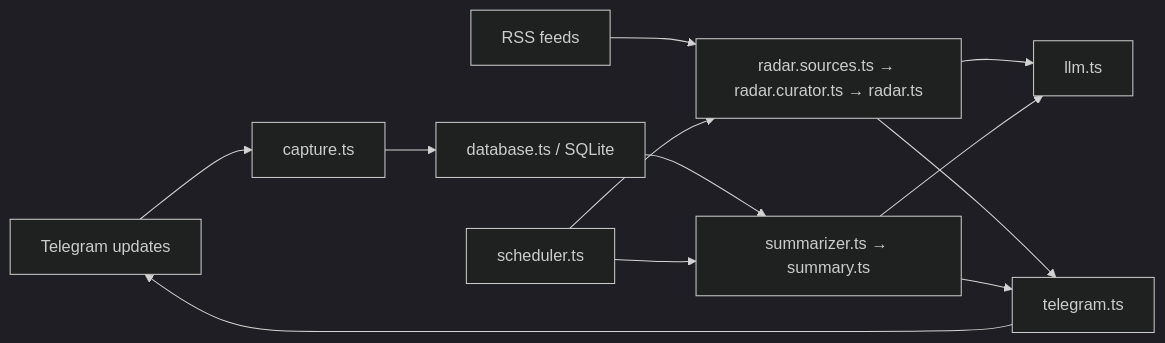
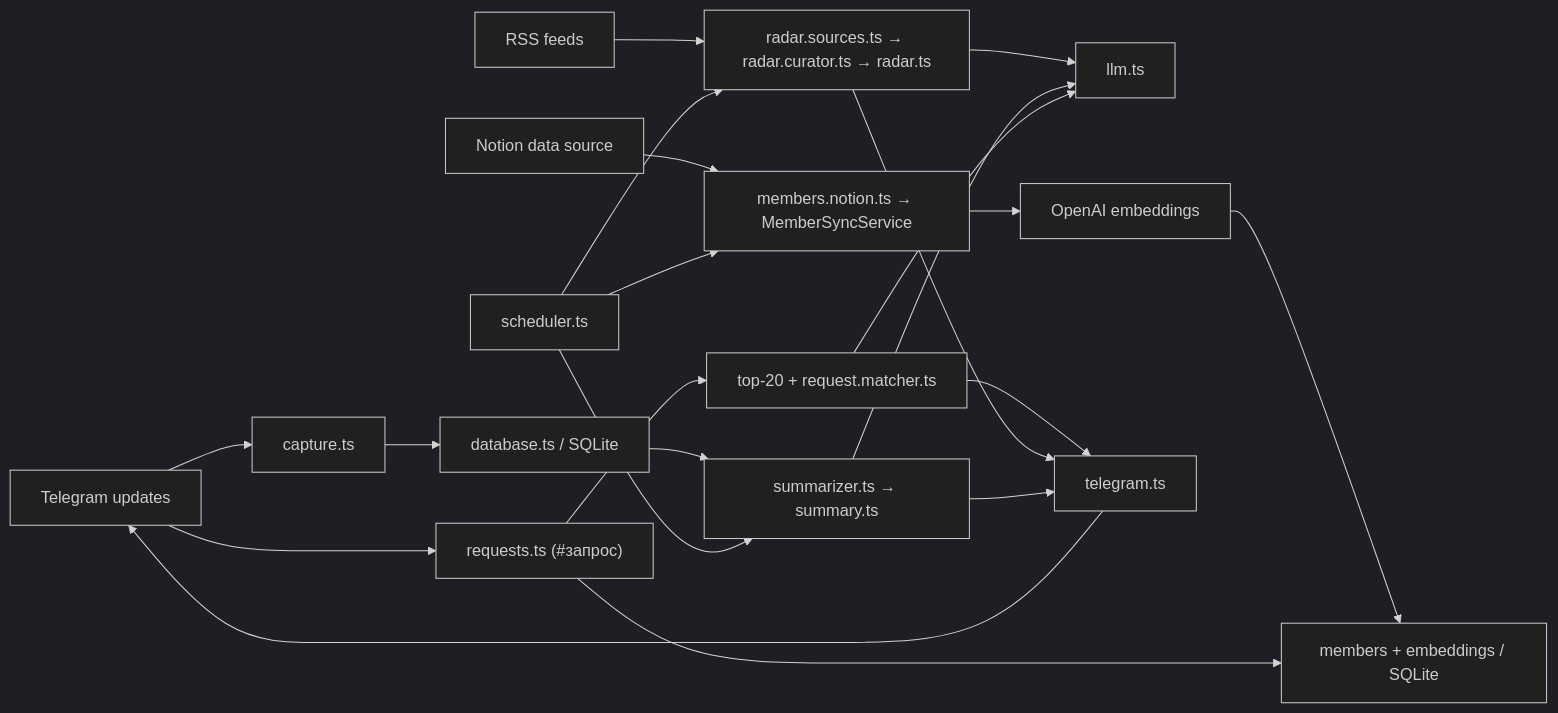
The diagram in docs/architecture.md (vladilenm/irreplaceable_bot), drawn with Mermaid (dark theme) before and after one commit. The commit also changed other lines of this file and 8 other files, not shown here.

````diff
--- a/docs/architecture.md
+++ b/docs/architecture.md
@@ -13,13 +14,22 @@
 ```mermaid
 flowchart LR
   Telegram["Telegram updates"] --> Capture["capture.ts"] --> DB["database.ts / SQLite"]
   RSS["RSS feeds"] --> Radar["radar.sources.ts → radar.curator.ts → radar.ts"]
   Radar --> LLM["llm.ts"]
   DB --> Summary["summarizer.ts → summary.ts"]
   Summary --> LLM
+  Notion["Notion data source"] --> MemberSync["members.notion.ts → MemberSyncService"]
+  MemberSync --> Embeddings["OpenAI embeddings"]
+  Embeddings --> MemberDB["members + embeddings / SQLite"]
+  Telegram --> Requests["requests.ts (#запрос)"]
+  Requests --> MemberDB
+  Requests --> Matcher["top-20 + request.matcher.ts"]
+  Matcher --> LLM
+  Matcher --> TelegramAPI
   Scheduler["scheduler.ts"] --> Radar
   Scheduler --> Summary
+  Scheduler --> MemberSync
   Radar --> TelegramAPI["telegram.ts"]
   Summary --> TelegramAPI
   TelegramAPI --> Telegram
 ```
````
